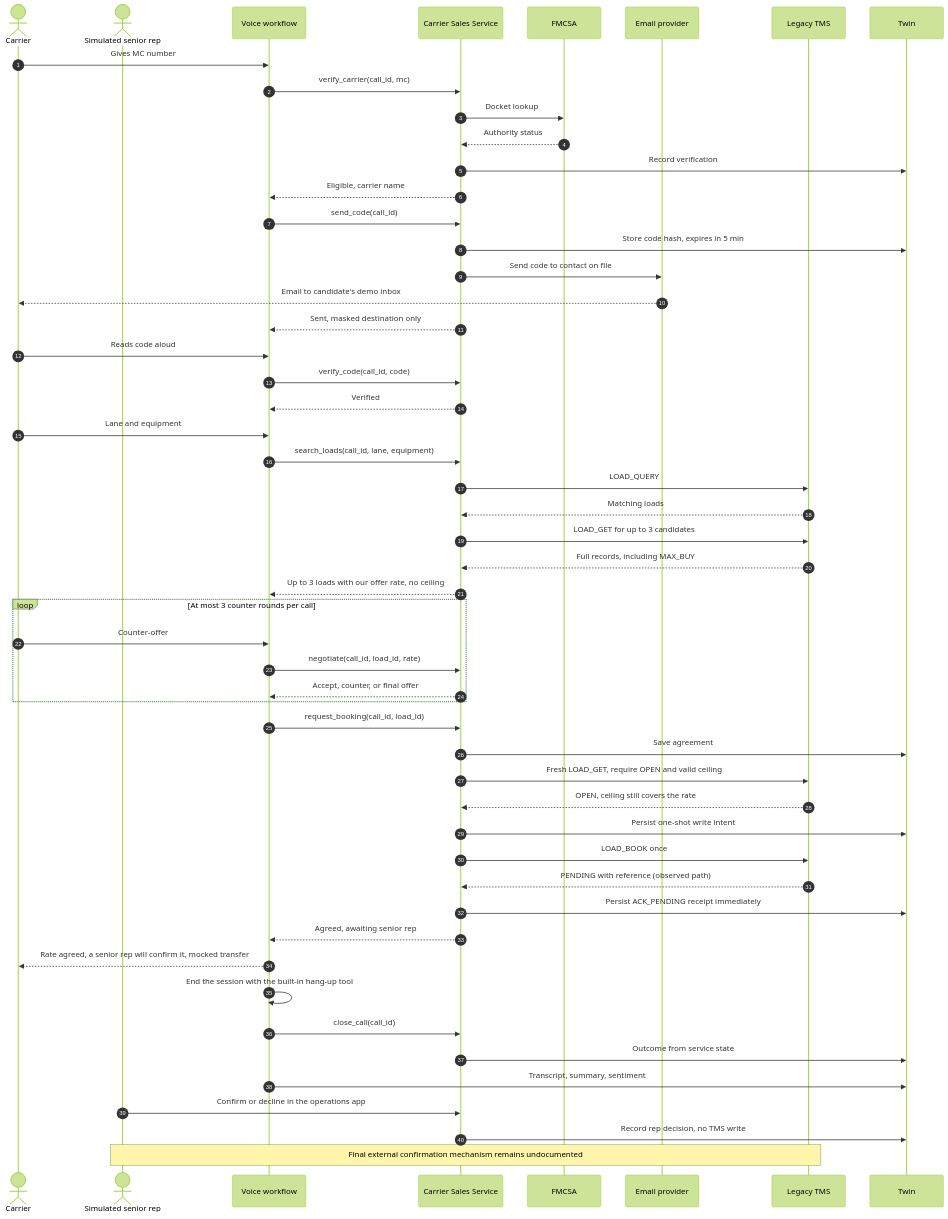
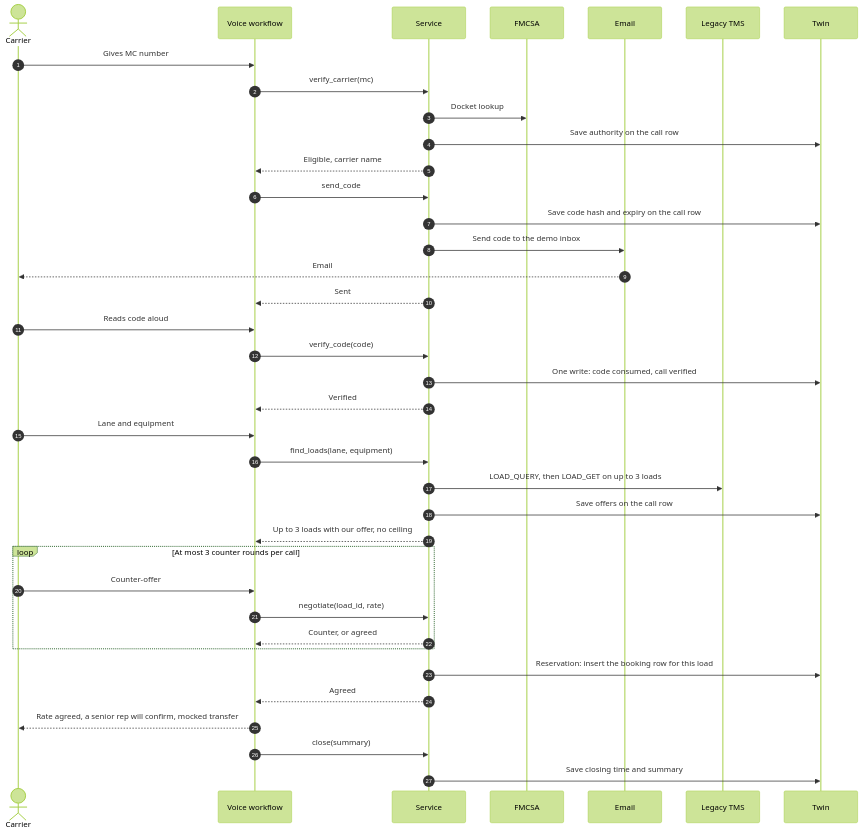
One commit to sgon0181/happyrobot-inbound-carrier-sales changed the second of 4 diagrams in ARCHITECTURE.md. Above: the diagram before and after it, drawn with Mermaid (forest theme). The commit also changed other lines of this file and 17 other files, not shown here.

First line of the commit message:
docs: architecture v3 and a single decision log

````diff
--- a/ARCHITECTURE.md
+++ b/ARCHITECTURE.md
@@ -86,61 +81,45 @@
 ```mermaid
 sequenceDiagram
     autonumber
     actor C as Carrier
-    actor R as Simulated senior rep
     participant A as Voice workflow
-    participant S as Carrier Sales Service
+    participant S as Service
     participant F as FMCSA
-    participant N as Email provider
+    participant N as Email
     participant T as Legacy TMS
     participant D as Twin
 
     C->>A: Gives MC number
-    A->>S: verify_carrier(call_id, mc)
+    A->>S: verify_carrier(mc)
     S->>F: Docket lookup
-    F-->>S: Authority status
-    S->>D: Record verification
+    S->>D: Save authority on the call row
     S-->>A: Eligible, carrier name
 
-    A->>S: send_code(call_id)
-    S->>D: Store code hash, expires in 5 min
-    S->>N: Send code to contact on file
-    N-->>C: Email to candidate's demo inbox
-    S-->>A: Sent, masked destination only
+    A->>S: send_code
+    S->>D: Save code hash and expiry on the call row
+    S->>N: Send code to the demo inbox
+    N-->>C: Email
+    S-->>A: Sent
     C->>A: Reads code aloud
-    A->>S: verify_code(call_id, code)
+    A->>S: verify_code(code)
+    S->>D: One write: code consumed, call verified
     S-->>A: Verified
 
     C->>A: Lane and equipment
-    A->>S: search_loads(call_id, lane, equipment)
-    S->>T: LOAD_QUERY
-    T-->>S: Matching loads
-    S->>T: LOAD_GET for up to 3 candidates
-    T-->>S: Full records, including MAX_BUY
-    S-->>A: Up to 3 loads with our offer rate, no ceiling
+    A->>S: find_loads(lane, equipment)
+    S->>T: LOAD_QUERY, then LOAD_GET on up to 3 loads
+    S->>D: Save offers on the call row
+    S-->>A: Up to 3 loads with our offer, no ceiling
 
     loop At most 3 counter rounds per call
         C->>A: Counter-offer
-        A->>S: negotiate(call_id, load_id, rate)
-        S-->>A: Accept, counter, or final offer
+        A->>S: negotiate(load_id, rate)
+        S-->>A: Counter, or agreed
     end
 
-    A->>S: request_booking(call_id, load_id)
-    S->>D: Save agreement
-    S->>T: Fresh LOAD_GET, require OPEN and valid ceiling
-    T-->>S: OPEN, ceiling still covers the rate
-    S->>D: Persist one-shot write intent
-    S->>T: LOAD_BOOK once
-    T-->>S: PENDING with reference (observed path)
-    S->>D: Persist ACK_PENDING receipt immediately
-    S-->>A: Agreed, awaiting senior rep
-    A-->>C: Rate agreed, a senior rep will confirm it, mocked transfer
-    A->>A: End the session with the built-in hang-up tool
-
-    A->>S: close_call(call_id)
-    S->>D: Outcome from service state
-    A->>D: Transcript, summary, sentiment
-    R->>S: Confirm or decline in the operations app
-    S->>D: Record rep decision, no TMS write
-    Note over R,T: Final external confirmation mechanism remains undocumented
+    S->>D: Reservation: insert the booking row for this load
+    S-->>A: Agreed
+    A-->>C: Rate agreed, a senior rep will confirm, mocked transfer
+    A->>S: close(summary)
+    S->>D: Save closing time and summary
 ```
````
